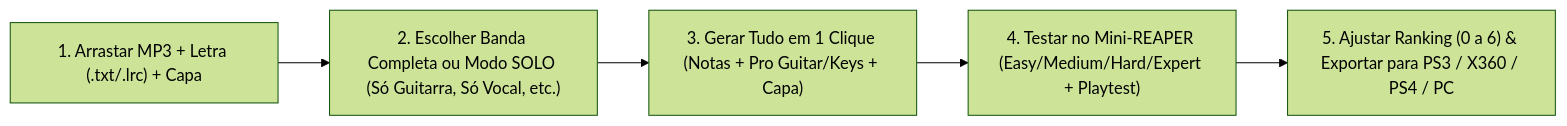
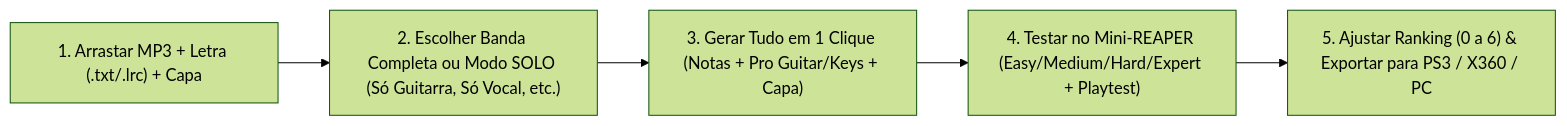
The first of 2 diagrams in TUTORIAL_VISUAL.md (gecclissi/MidGuitar), drawn with Mermaid (forest theme) before and after one commit. The commit also changed other lines of this file and 8 other files, not shown here.

````diff
--- a/TUTORIAL_VISUAL.md
+++ b/TUTORIAL_VISUAL.md
@@ -9,7 +9,7 @@
 ```mermaid
 flowchart LR
     A["1. Arrastar MP3 + Letra (.txt/.lrc) + Capa"] --> B["2. Escolher Banda Completa ou Modo SOLO (Só Guitarra, Só Vocal, etc.)"]
     B --> C["3. Gerar Tudo em 1 Clique (Notas + Pro Guitar/Keys + Capa)"]
     C --> D["4. Testar no Mini-REAPER (Easy/Medium/Hard/Expert + Playtest)"]
-    D --> E["5. Ajustar Ranking (0 a 6) & Exportar para PS3 / X360 / PS4 / PC"]
+    D --> E["5. Ajustar Ranking (0 a 6) & Exportar para PS3 / X360 / PC"]
 ```
````
